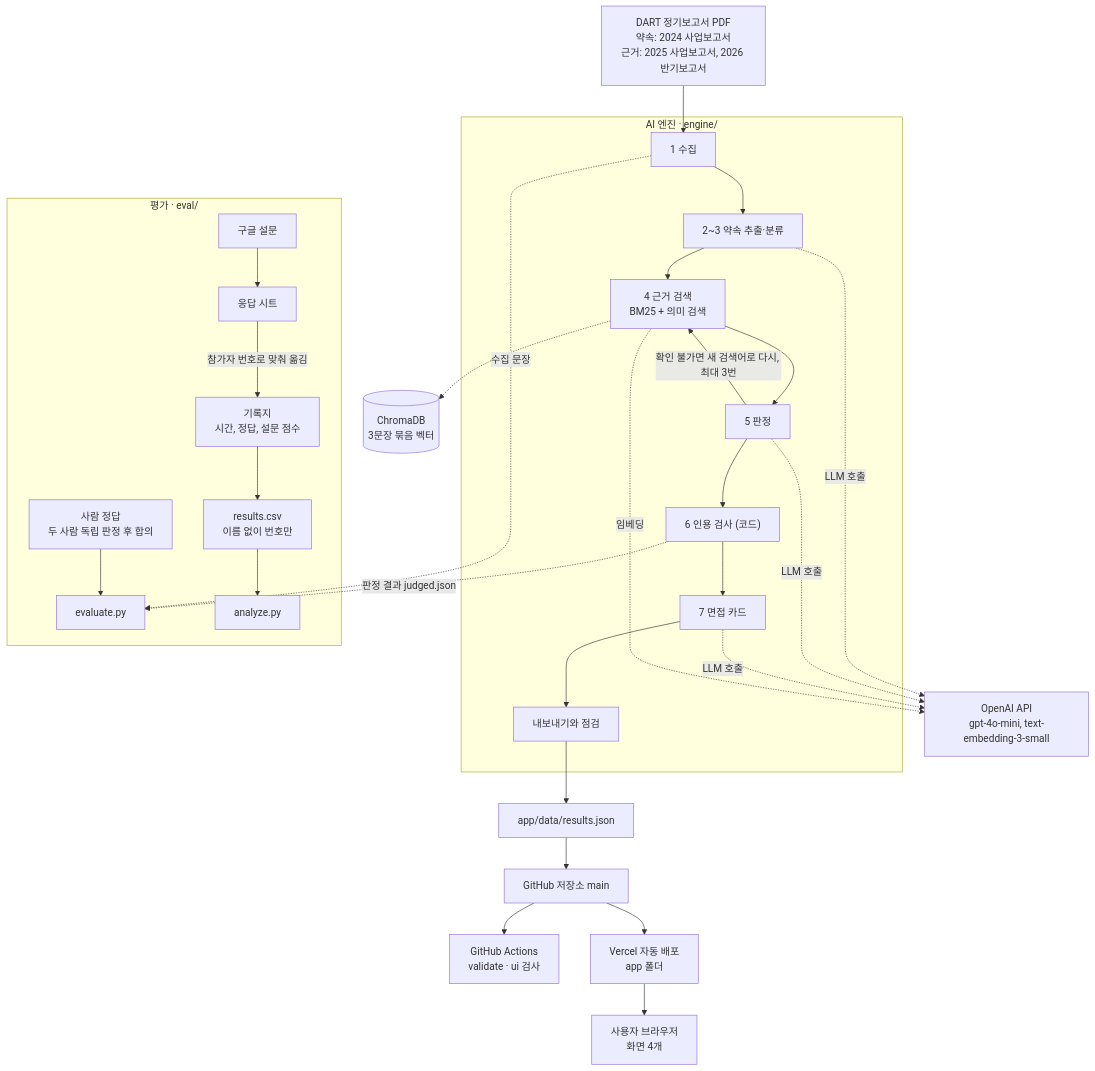
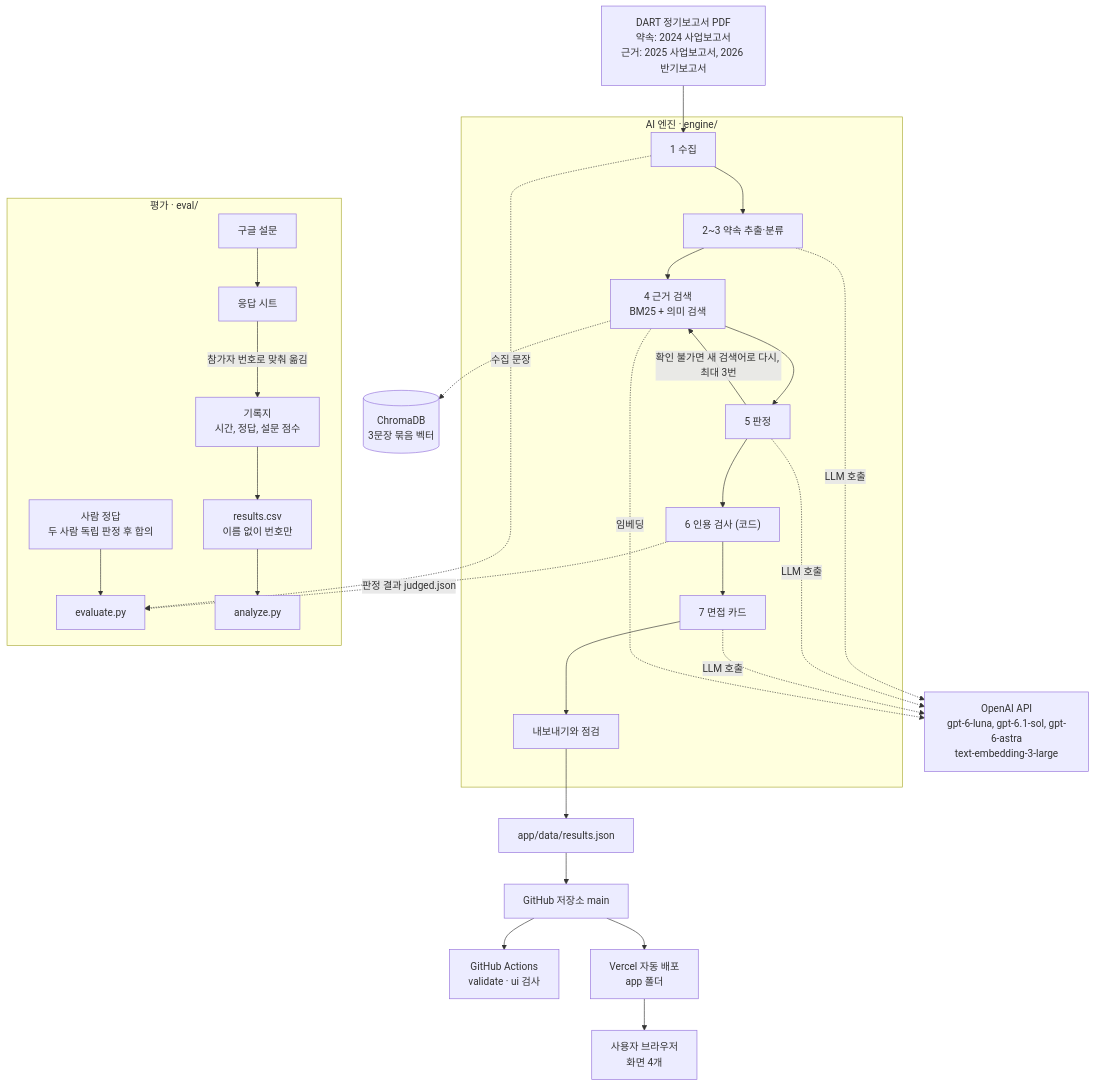
The diagram in docs/requirements.md (Sungtae10/ai-promise), drawn with Mermaid before and after one commit. The commit also changed other lines of this file and 10 other files, not shown here.

````diff
--- a/docs/requirements.md
+++ b/docs/requirements.md
@@ -128,24 +128,24 @@
 ```mermaid
 flowchart TB
   PDF["DART 정기보고서 PDF<br/>약속: 2024 사업보고서<br/>근거: 2025 사업보고서, 2026 반기보고서"]
   subgraph ENGINE["AI 엔진 · engine/"]
     S1["1 수집"] --> S2["2~3 약속 추출·분류"] --> S4["4 근거 검색<br/>BM25 + 의미 검색"] --> S5["5 판정"]
     S5 -- "확인 불가면 새 검색어로 다시, 최대 3번" --> S4
     S5 --> S6["6 인용 검사 (코드)"] --> S7["7 면접 카드"] --> EXP["내보내기와 점검"]
   end
-  OAI["OpenAI API<br/>gpt-4o-mini, text-embedding-3-small"]
+  OAI["OpenAI API<br/>gpt-6-luna, gpt-6.1-sol, gpt-6-astra<br/>text-embedding-3-large"]
   VDB[("ChromaDB<br/>3문장 묶음 벡터")]
   PDF --> S1
   S2 & S5 & S7 -. "LLM 호출" .-> OAI
   S4 -. "임베딩" .-> OAI
   S4 -.-> VDB
   EXP --> RES["app/data/results.json"] --> GH["GitHub 저장소 main"]
   GH --> CI["GitHub Actions<br/>validate · ui 검사"]
   GH --> VC["Vercel 자동 배포<br/>app 폴더"] --> USER["사용자 브라우저<br/>화면 4개"]
   subgraph EVAL["평가 · eval/"]
     GOLD["사람 정답<br/>두 사람 독립 판정 후 합의"] --> EV["evaluate.py"]
     FORM["구글 설문"] --> SHEET["응답 시트"] -- "참가자 번호로 맞춰 옮김" --> REC["기록지<br/>시간, 정답, 설문 점수"] --> CSV["results.csv<br/>이름 없이 번호만"] --> UT["analyze.py"]
   end
   S6 -. "판정 결과 judged.json" .-> EV
   S1 -. "수집 문장" .-> EV
 ```
````
